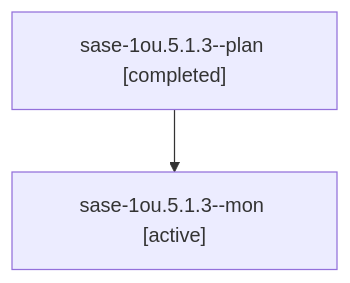
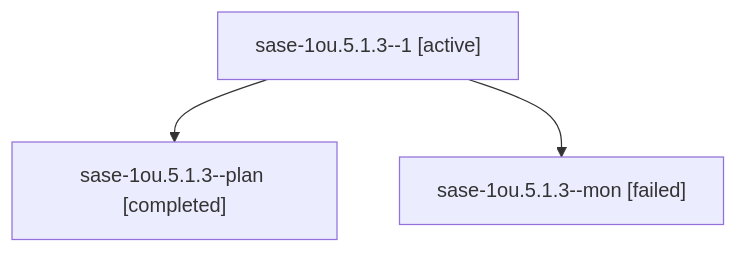
The diagram in sessions/bbugyi200.athena.sase-1ou.5.1.3.md (sase-org/sase--agents), drawn with Mermaid before and after one commit. The commit also changed other lines of this file and 99 other files, not shown here.

````diff
--- a/sessions/bbugyi200.athena.sase-1ou.5.1.3.md
+++ b/sessions/bbugyi200.athena.sase-1ou.5.1.3.md
@@ -9,6 +9,8 @@
 ```mermaid
 flowchart TD
-  n0["sase-1ou.5.1.3--plan [completed]"]
-  n1["sase-1ou.5.1.3--mon [active]"]
+  n0["sase-1ou.5.1.3--1 [active]"]
+  n1["sase-1ou.5.1.3--plan [completed]"]
   n0 --> n1
+  n2["sase-1ou.5.1.3--mon [failed]"]
+  n0 --> n2
 ```
````
